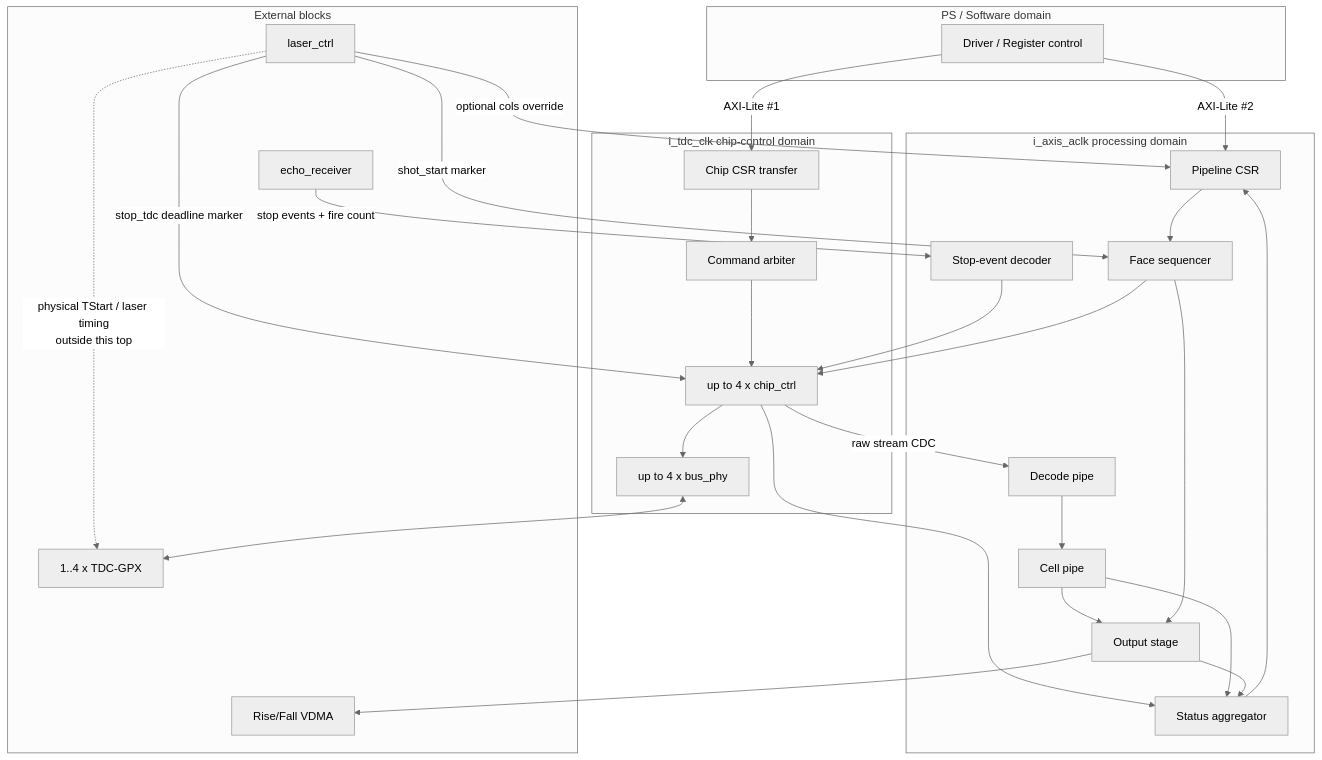
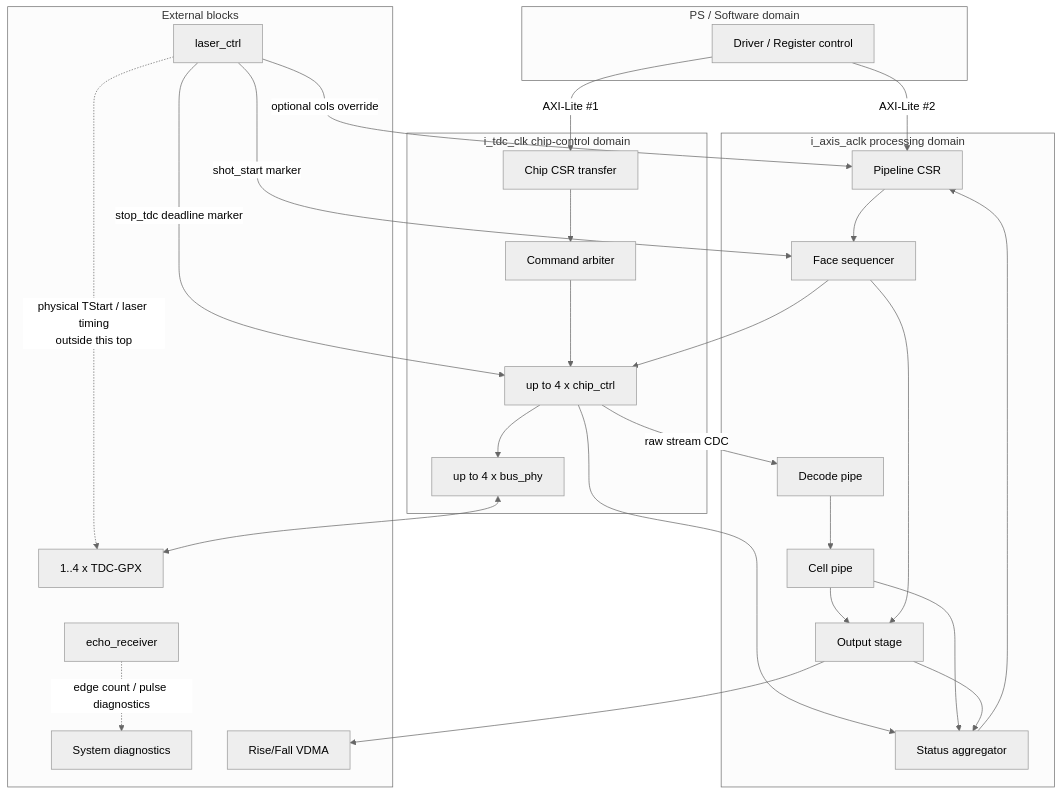
One commit to haneulia/tdc_gpx_ctrl changed the third of 15 diagrams in Doc/tdc_gpx_top_신호처리_상세_사용_설명서.md. Above: the diagram before and after it, drawn with Mermaid (neutral theme). The commit also changed other lines of this file and 2 other files, not shown here.

````diff
--- a/Doc/tdc_gpx_top_신호처리_상세_사용_설명서.md
+++ b/Doc/tdc_gpx_top_신호처리_상세_사용_설명서.md
@@ -102,54 +104,53 @@
 ```mermaid
 flowchart TB
     subgraph PS["PS / Software domain"]
         SW["Driver / Register control"]
     end
 
     subgraph AX["i_axis_aclk processing domain"]
         PCSR["Pipeline CSR"]
         SEQ["Face sequencer"]
-        STOP["Stop-event decoder"]
         DEC["Decode pipe"]
         CELL["Cell pipe"]
         OUT["Output stage"]
         STAT["Status aggregator"]
     end
 
     subgraph TDC["i_tdc_clk chip-control domain"]
         CCSR["Chip CSR transfer"]
         ARB["Command arbiter"]
         CHIP["up to 4 x chip_ctrl"]
         PHY["up to 4 x bus_phy"]
     end
 
     subgraph EXT["External blocks"]
         LASER["laser_ctrl"]
         ECHO["echo_receiver"]
+        DIAG["System diagnostics"]
         GPX["1..4 x TDC-GPX"]
         DMA["Rise/Fall VDMA"]
     end
 
     SW -->|"AXI-Lite #2"| PCSR
     SW -->|"AXI-Lite #1"| CCSR
     LASER -->|"shot_start marker"| SEQ
     LASER -->|"stop_tdc deadline marker"| CHIP
     LASER -.->|"physical TStart / laser timing\noutside this top"| GPX
     LASER -->|"optional cols override"| PCSR
-    ECHO -->|"stop events + fire count"| STOP
+    ECHO -.->|"edge count / pulse diagnostics"| DIAG
     PCSR --> SEQ
     CCSR --> ARB
-    STOP --> CHIP
     SEQ --> CHIP
     ARB --> CHIP
     CHIP --> PHY
     PHY <--> GPX
     CHIP -->|"raw stream CDC"| DEC
     DEC --> CELL
     CELL --> OUT
     SEQ --> OUT
     OUT --> DMA
     CHIP --> STAT
     CELL --> STAT
     OUT --> STAT
     STAT --> PCSR
 ```
````
